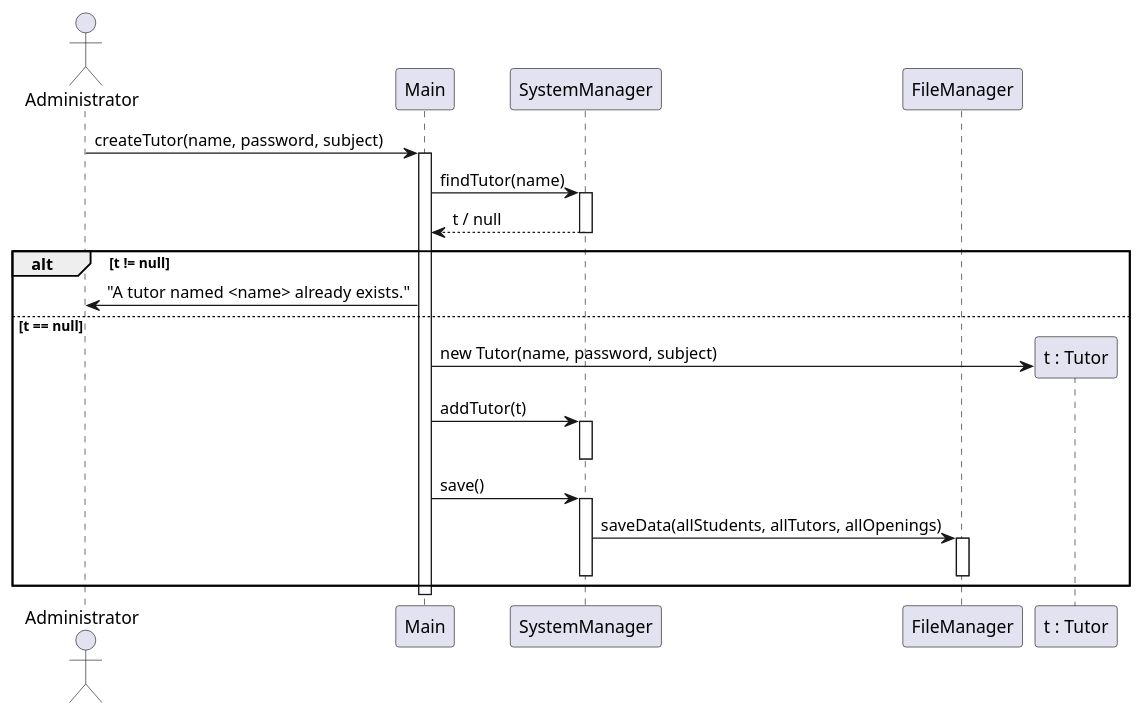
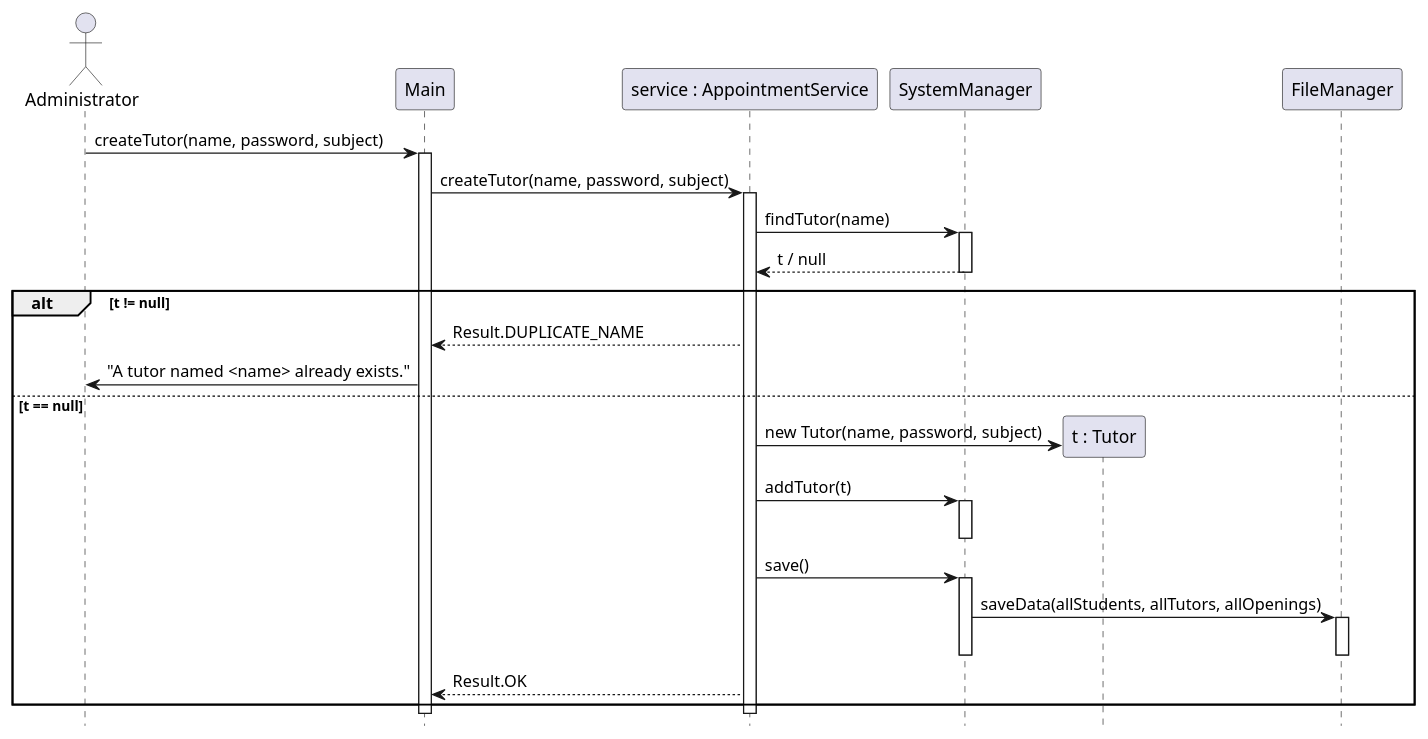
The diagram in docs/diagrams/create-tutor-sequence.puml (localhost433/OOPFinalProject), drawn with PlantUML before and after one commit. The commit also changed 13 other files, not shown here.

```diff
--- a/docs/diagrams/create-tutor-sequence.puml
+++ b/docs/diagrams/create-tutor-sequence.puml
@@ -1,39 +1,48 @@
 @startuml create-tutor-sequence
 ' Sequence diagram — Administrator adds a tutor (Main.createTutor)
+
+hide footbox
 
 actor Administrator as administrator
 
 participant "Main" as main
+participant "service : AppointmentService" as service
 participant "SystemManager" as sys
+participant "t : Tutor" as tObj
 participant "FileManager" as file
-participant "t : Tutor" as tObj
 
 administrator -> main : createTutor(name, password, subject)
 activate main
 
-main -> sys : findTutor(name)
+main -> service : createTutor(name, password, subject)
+activate service
+
+service -> sys : findTutor(name)
 activate sys
-sys --> main : t / null
+sys --> service : t / null
 deactivate sys
 
 alt t != null
+    service --> main : Result.DUPLICATE_NAME
     main -> administrator : "A tutor named <name> already exists."
 else t == null
-    main -> tObj ** : new Tutor(name, password, subject)
+    service -> tObj ** : new Tutor(name, password, subject)
 
-    main -> sys : addTutor(t)
+    service -> sys : addTutor(t)
     activate sys
     deactivate sys
 
-    main -> sys : save()
-
+    service -> sys : save()
     activate sys
     sys -> file : saveData(allStudents, allTutors, allOpenings)
     activate file
     deactivate file
     deactivate sys
+
+    service --> main : Result.OK
 end
 
+deactivate service
 deactivate main
 
 @enduml
```
